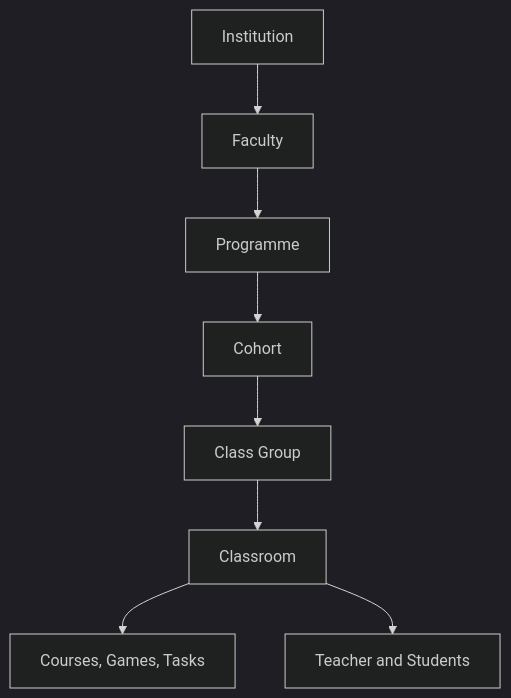
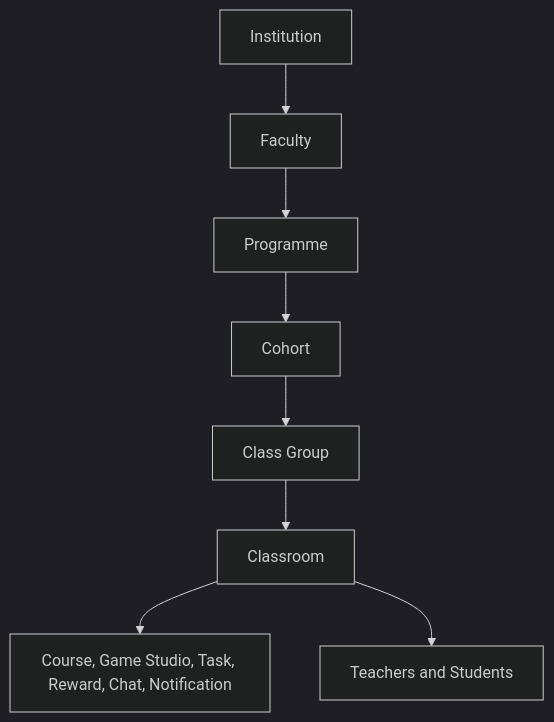
One commit to wq-org/wq-app changed the second of 2 diagrams in docs/domain/02_institution.md. Above: the diagram before and after it, drawn with Mermaid (dark theme). The commit also changed other lines of this file and 2 other files, not shown here.

Commit message:
update docs super admin

````diff
--- a/docs/domain/02_institution.md
+++ b/docs/domain/02_institution.md
@@ -98,11 +98,11 @@
 ```mermaid
 flowchart TD
   I[Institution]
   I --> F[Faculty]
   F --> P[Programme]
   P --> C[Cohort]
   C --> CG[Class Group]
   CG --> CR[Classroom]
-  CR --> CONTENT[Courses, Games, Tasks]
-  CR --> USERS[Teacher and Students]
+  CR --> MOD[Course, Game Studio, Task, Reward, Chat, Notification]
+  CR --> USERS[Teachers and Students]
 ```
````
